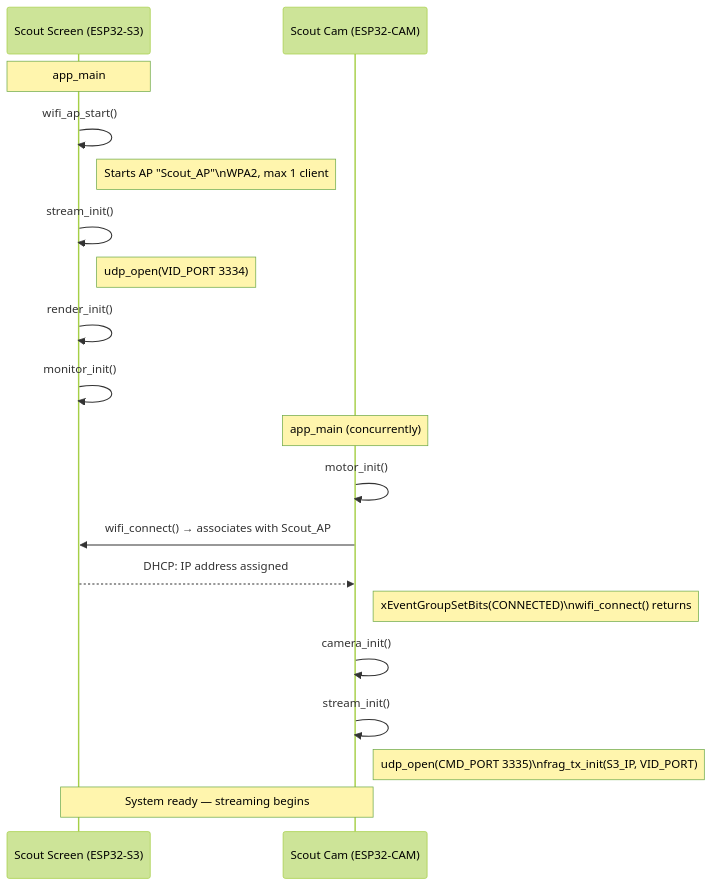
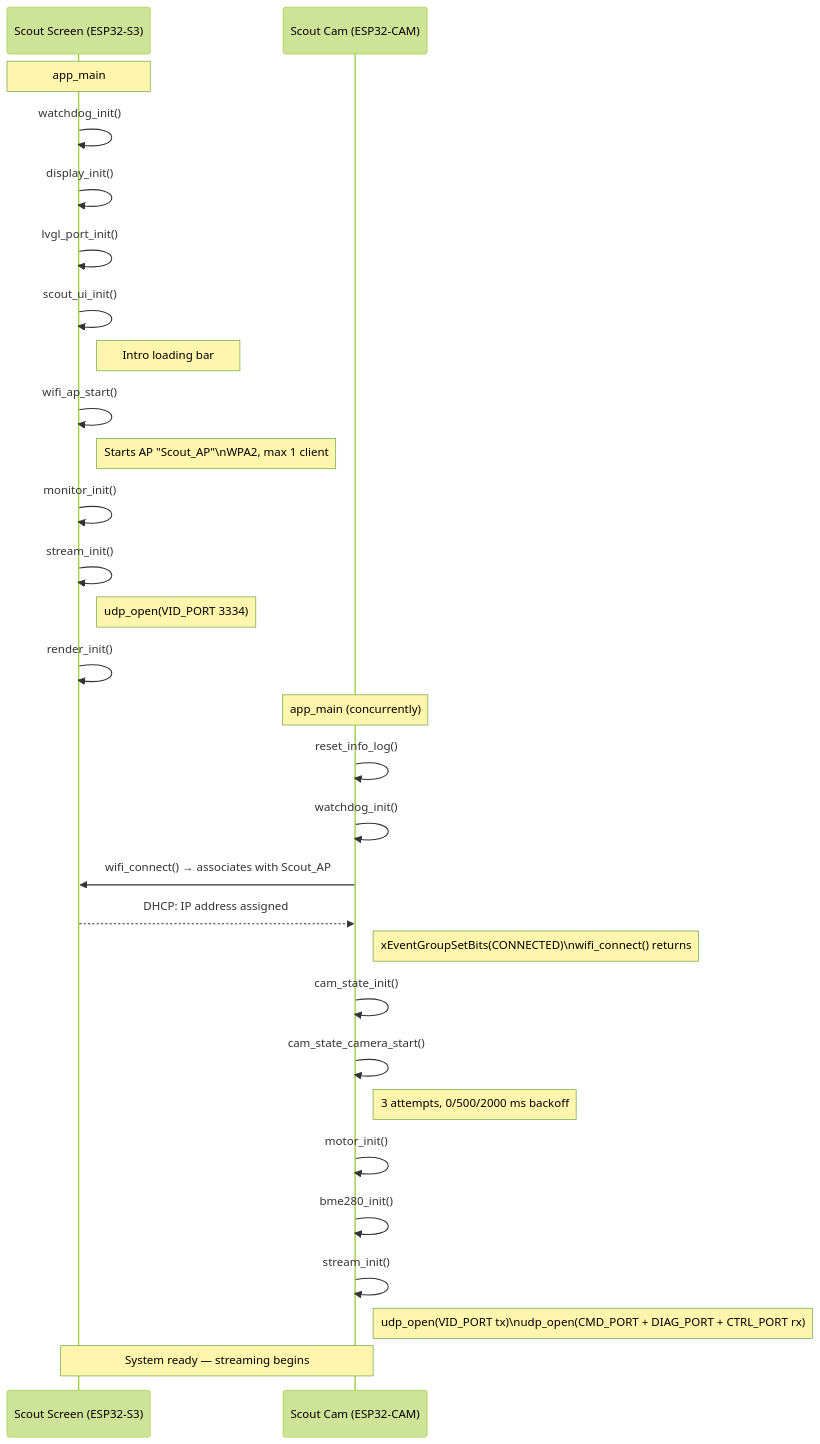
Before and after one commit to LINTECH-CHAS-ACADEMY-SUVX25/Scout: the first of 3 diagrams in docs/diagrams/sequence_diagrams.md, drawn with Mermaid (forest theme). The commit also changed other lines of this file and 2 other files, not shown here.

Commit message:
Updated docs/diagrams

````diff
--- a/docs/diagrams/sequence_diagrams.md
+++ b/docs/diagrams/sequence_diagrams.md
@@ -12,27 +12,34 @@
 ```mermaid
 sequenceDiagram
     participant S as Scout Screen (ESP32-S3)
     participant C as Scout Cam (ESP32-CAM)
 
     Note over S: app_main
+    S->>S: watchdog_init()
+    S->>S: display_init()
+    S->>S: lvgl_port_init()
+    S->>S: scout_ui_init()
+    Note right of S: Intro loading bar
     S->>S: wifi_ap_start()
     Note right of S: Starts AP "Scout_AP"\nWPA2, max 1 client
-
+    S->>S: monitor_init()
     S->>S: stream_init()
     Note right of S: udp_open(VID_PORT 3334)
-
     S->>S: render_init()
-    S->>S: monitor_init()
 
     Note over C: app_main (concurrently)
-    C->>C: motor_init()
+    C->>C: reset_info_log()
+    C->>C: watchdog_init()
     C->>S: wifi_connect() → associates with Scout_AP
     S-->>C: DHCP: IP address assigned
     Note right of C: xEventGroupSetBits(CONNECTED)\nwifi_connect() returns
-
-    C->>C: camera_init()
+    C->>C: cam_state_init()
+    C->>C: cam_state_camera_start()
+    Note right of C: 3 attempts, 0/500/2000 ms backoff
+    C->>C: motor_init()
+    C->>C: bme280_init()
     C->>C: stream_init()
-    Note right of C: udp_open(CMD_PORT 3335)\nfrag_tx_init(S3_IP, VID_PORT)
+    Note right of C: udp_open(VID_PORT tx)\nudp_open(CMD_PORT + DIAG_PORT + CTRL_PORT rx)
 
     Note over S,C: System ready — streaming begins
 ```
````
